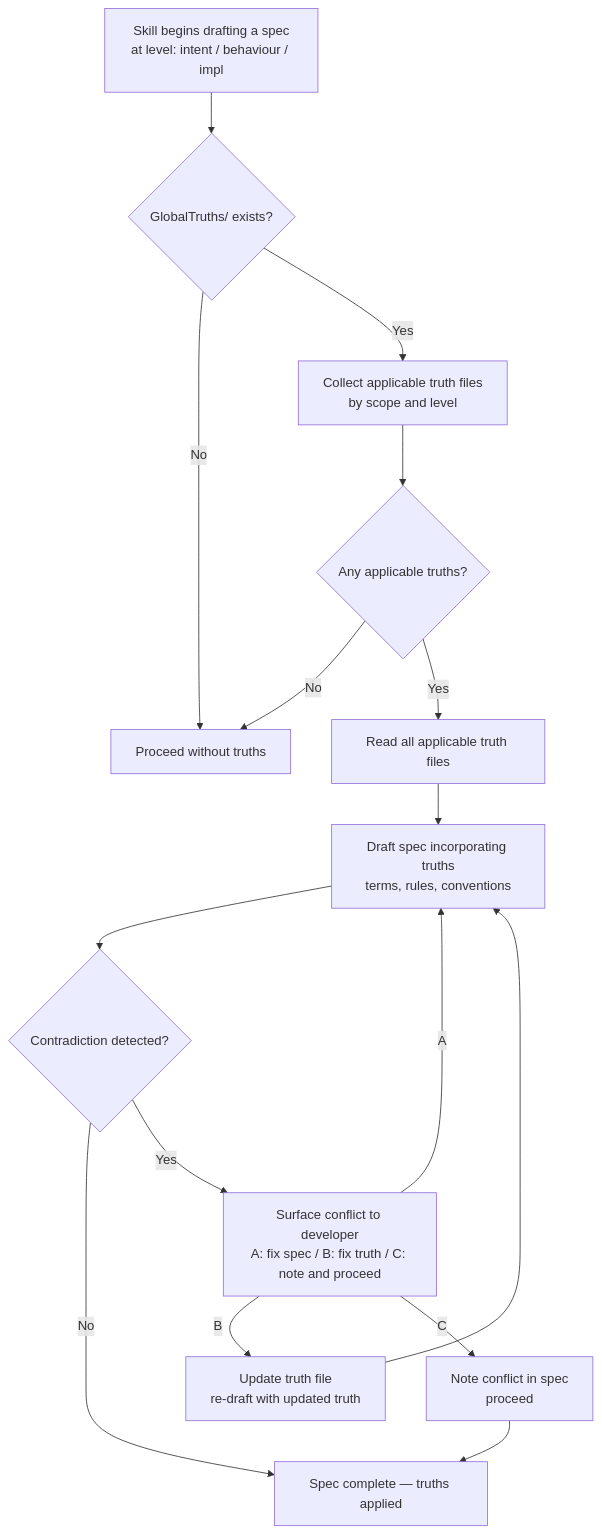
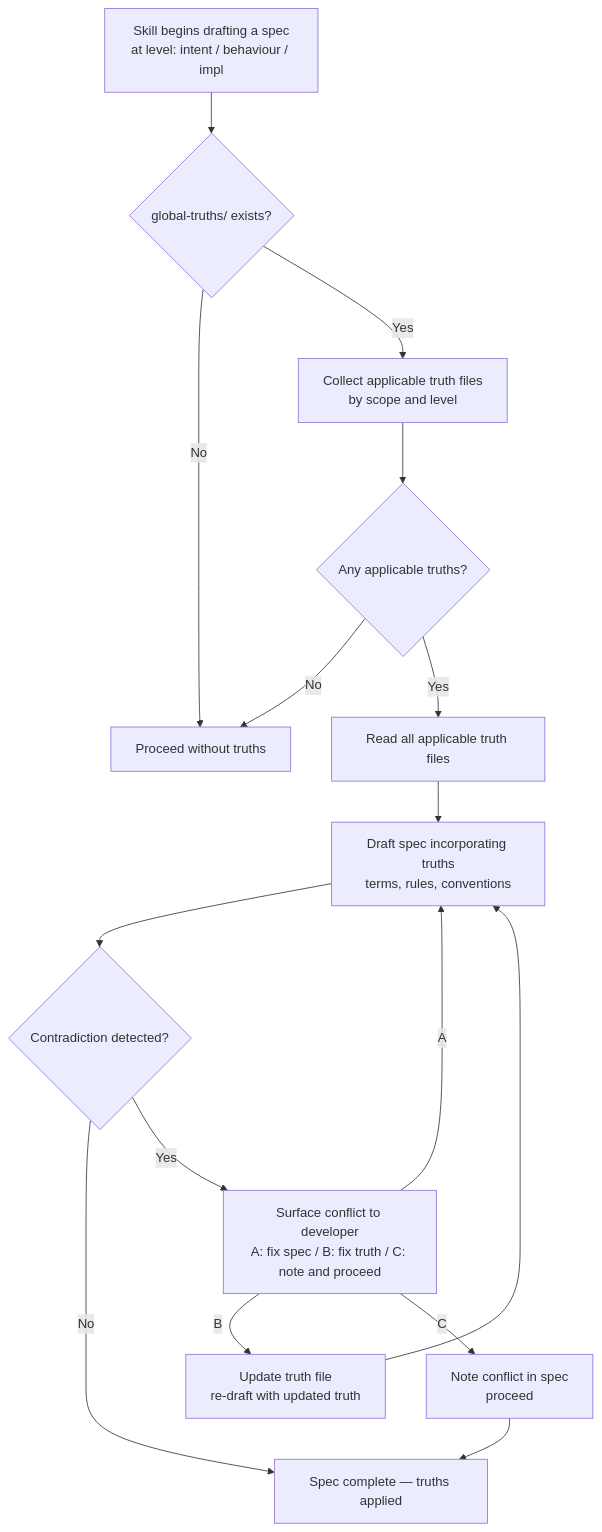
The diagram in taproot/global-truths/apply-truths-when-authoring/usecase.md (imix/taproot), drawn with Mermaid before and after one commit. The commit also changed other lines of this file and 2 other files, not shown here.

Commit message:
taproot(global-truths): rename GlobalTruths/ to global-truths/ in all specs

````diff
--- a/taproot/global-truths/apply-truths-when-authoring/usecase.md
+++ b/taproot/global-truths/apply-truths-when-authoring/usecase.md
@@ -64,18 +64,18 @@
 ```mermaid
 flowchart TD
-    A[Skill begins drafting a spec\nat level: intent / behaviour / impl] --> B{GlobalTruths/ exists?}
+    A[Skill begins drafting a spec\nat level: intent / behaviour / impl] --> B{global-truths/ exists?}
     B -->|No| C[Proceed without truths]
     B -->|Yes| D[Collect applicable truth files\nby scope and level]
     D --> E{Any applicable truths?}
     E -->|No| C
     E -->|Yes| F[Read all applicable truth files]
     F --> G[Draft spec incorporating truths\nterms, rules, conventions]
     G --> H{Contradiction detected?}
     H -->|No| I[Spec complete — truths applied]
     H -->|Yes| J[Surface conflict to developer\nA: fix spec / B: fix truth / C: note and proceed]
     J -->|A| G
     J -->|B| K[Update truth file\nre-draft with updated truth]
     K --> G
     J -->|C| L[Note conflict in spec\nproceed]
     L --> I
 ```
````
